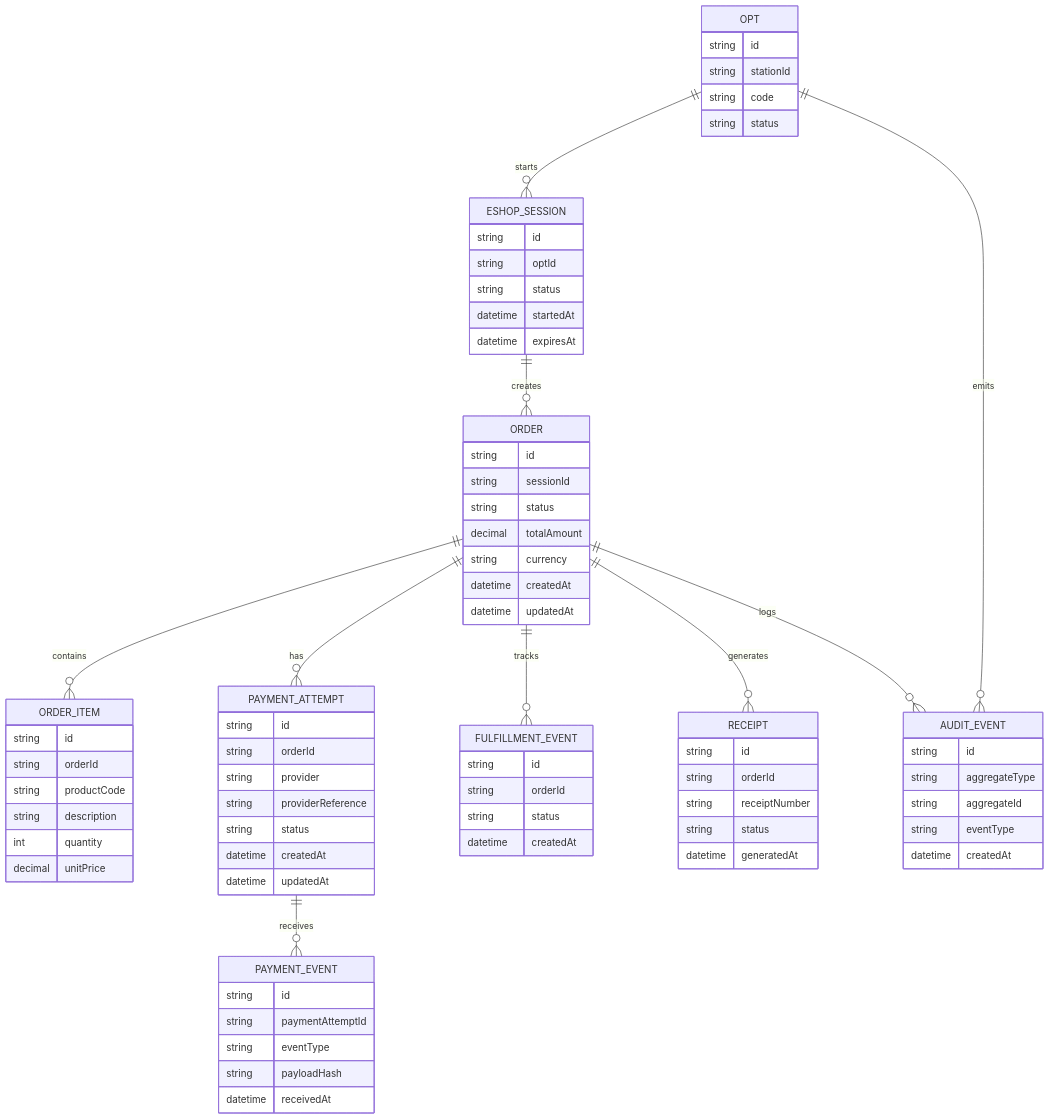
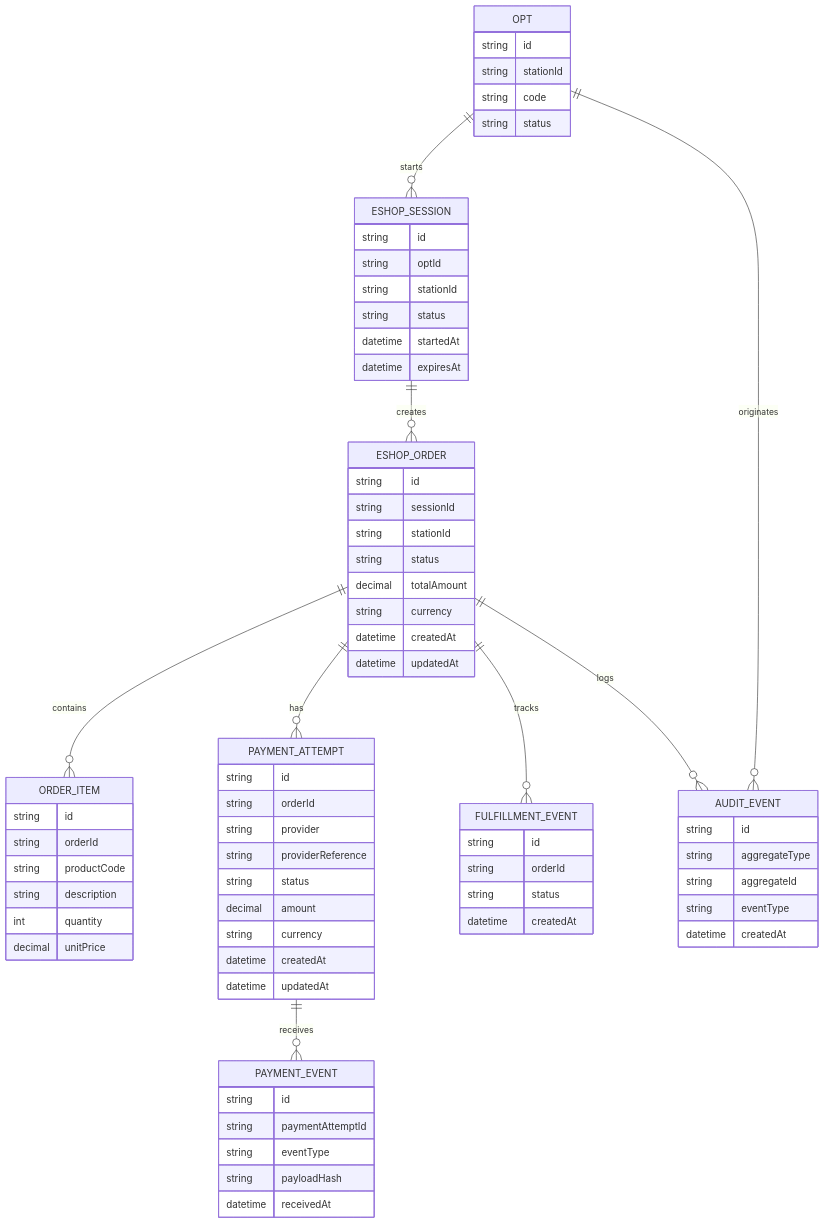
The eighth of 8 diagrams in docs/architecture/data-ownership-and-system-flows.it.md (mamzpy/glops-backend), drawn with Mermaid before and after one commit. The commit also changed other lines of this file, not shown here.

Commit message:
docs: update data ownership and system flows

````diff
--- a/docs/architecture/data-ownership-and-system-flows.it.md
+++ b/docs/architecture/data-ownership-and-system-flows.it.md
@@ -391,14 +365,13 @@
 ```mermaid
 erDiagram
     OPT ||--o{ ESHOP_SESSION : starts
-    ESHOP_SESSION ||--o{ ORDER : creates
-    ORDER ||--o{ ORDER_ITEM : contains
-    ORDER ||--o{ PAYMENT_ATTEMPT : has
-    ORDER ||--o{ FULFILLMENT_EVENT : tracks
-    ORDER ||--o{ RECEIPT : generates
-    ORDER ||--o{ AUDIT_EVENT : logs
+    ESHOP_SESSION ||--o{ ESHOP_ORDER : creates
+    ESHOP_ORDER ||--o{ ORDER_ITEM : contains
+    ESHOP_ORDER ||--o{ PAYMENT_ATTEMPT : has
+    ESHOP_ORDER ||--o{ FULFILLMENT_EVENT : tracks
+    ESHOP_ORDER ||--o{ AUDIT_EVENT : logs
     PAYMENT_ATTEMPT ||--o{ PAYMENT_EVENT : receives
-    OPT ||--o{ AUDIT_EVENT : emits
+    OPT ||--o{ AUDIT_EVENT : originates
 
     OPT {
         string id
@@ -410,14 +383,16 @@
     ESHOP_SESSION {
         string id
         string optId
+        string stationId
         string status
         datetime startedAt
         datetime expiresAt
     }
 
-    ORDER {
+    ESHOP_ORDER {
         string id
         string sessionId
+        string stationId
         string status
         decimal totalAmount
         string currency
@@ -440,6 +415,8 @@
         string provider
         string providerReference
         string status
+        decimal amount
+        string currency
         datetime createdAt
         datetime updatedAt
     }
@@ -450,14 +427,6 @@
         string eventType
         string payloadHash
         datetime receivedAt
-    }
-
-    RECEIPT {
-        string id
-        string orderId
-        string receiptNumber
-        string status
-        datetime generatedAt
     }
 
     FULFILLMENT_EVENT {
````
